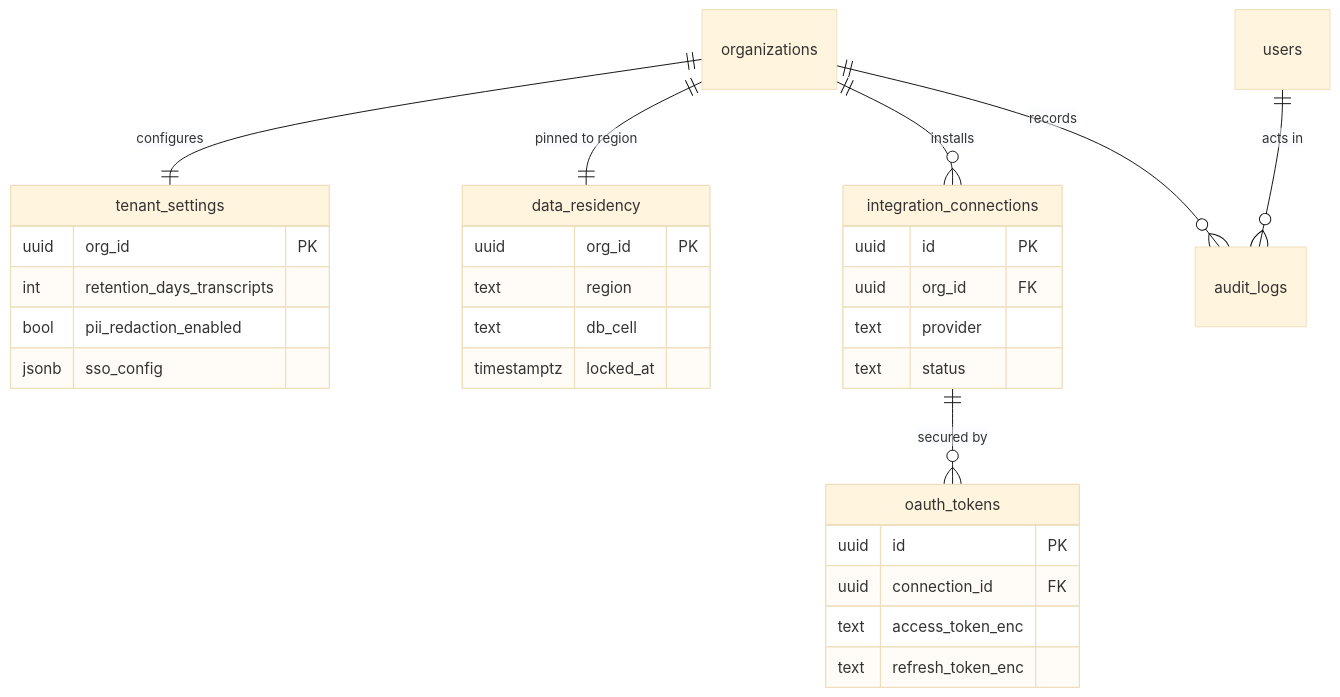
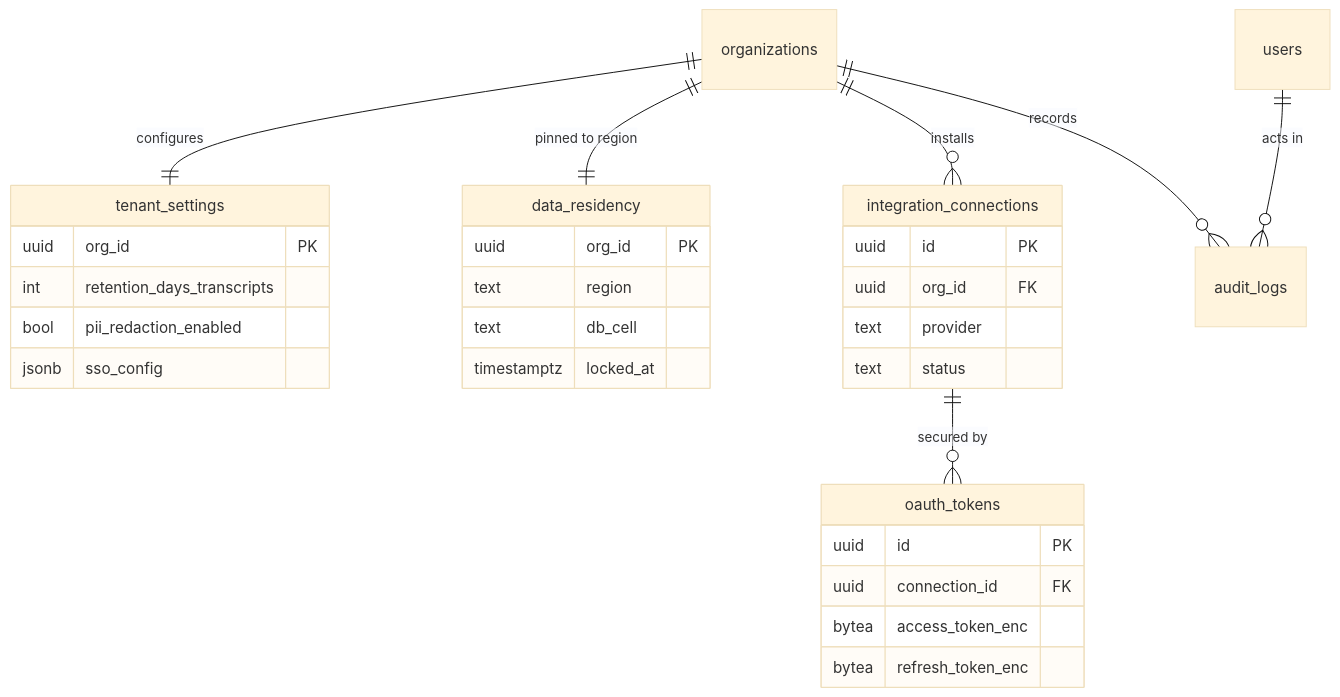
The third of 7 diagrams in _canon/02-data-model.md (Mytheus-AI/mytheus-docs), drawn with Mermaid (base theme) before and after one commit. The commit also changed other lines of this file and 5 other files, not shown here.

````diff
--- a/_canon/02-data-model.md
+++ b/_canon/02-data-model.md
@@ -160,33 +160,33 @@
 ```mermaid
 erDiagram
   organizations ||--|| tenant_settings : "configures"
   organizations ||--|| data_residency : "pinned to region"
   organizations ||--o{ integration_connections : "installs"
   integration_connections ||--o{ oauth_tokens : "secured by"
   organizations ||--o{ audit_logs : "records"
   users ||--o{ audit_logs : "acts in"
   tenant_settings {
     uuid org_id PK
     int retention_days_transcripts
     bool pii_redaction_enabled
     jsonb sso_config
   }
   data_residency {
     uuid org_id PK
     text region
     text db_cell
     timestamptz locked_at
   }
   integration_connections {
     uuid id PK
     uuid org_id FK
     text provider
     text status
   }
   oauth_tokens {
     uuid id PK
     uuid connection_id FK
-    text access_token_enc
-    text refresh_token_enc
+    bytea access_token_enc
+    bytea refresh_token_enc
   }
 ```
````
